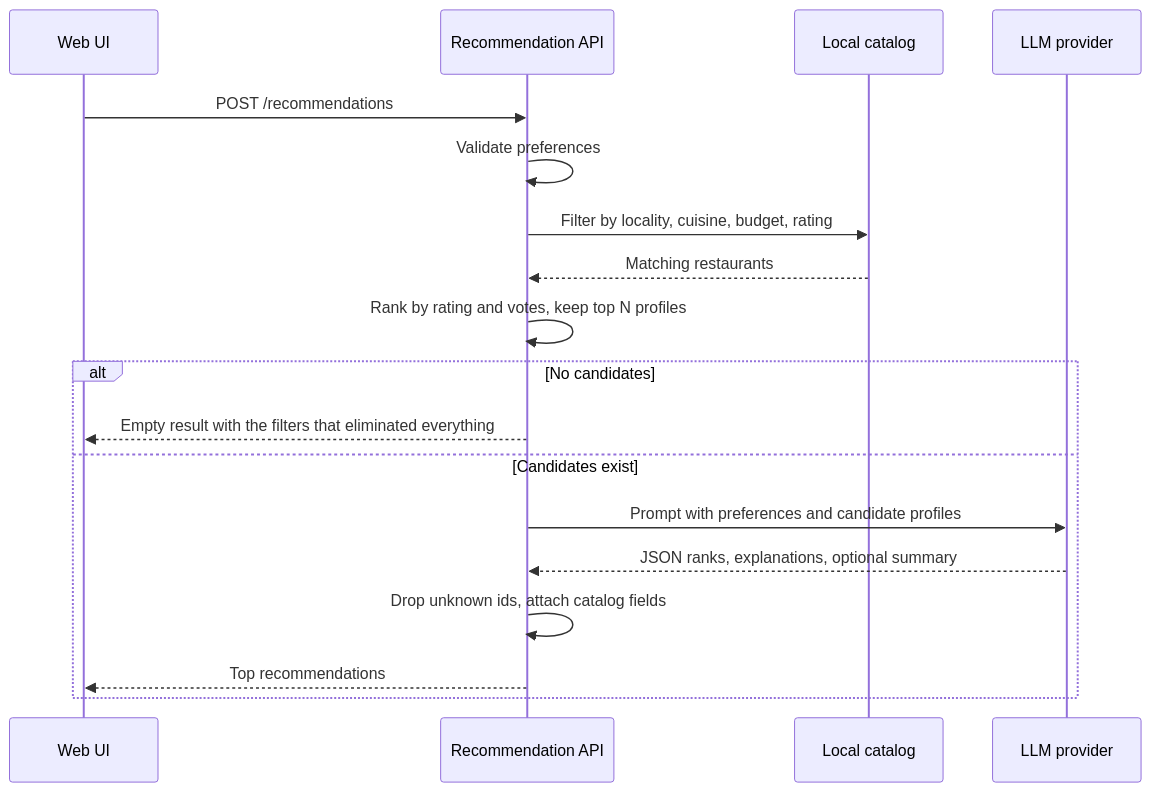
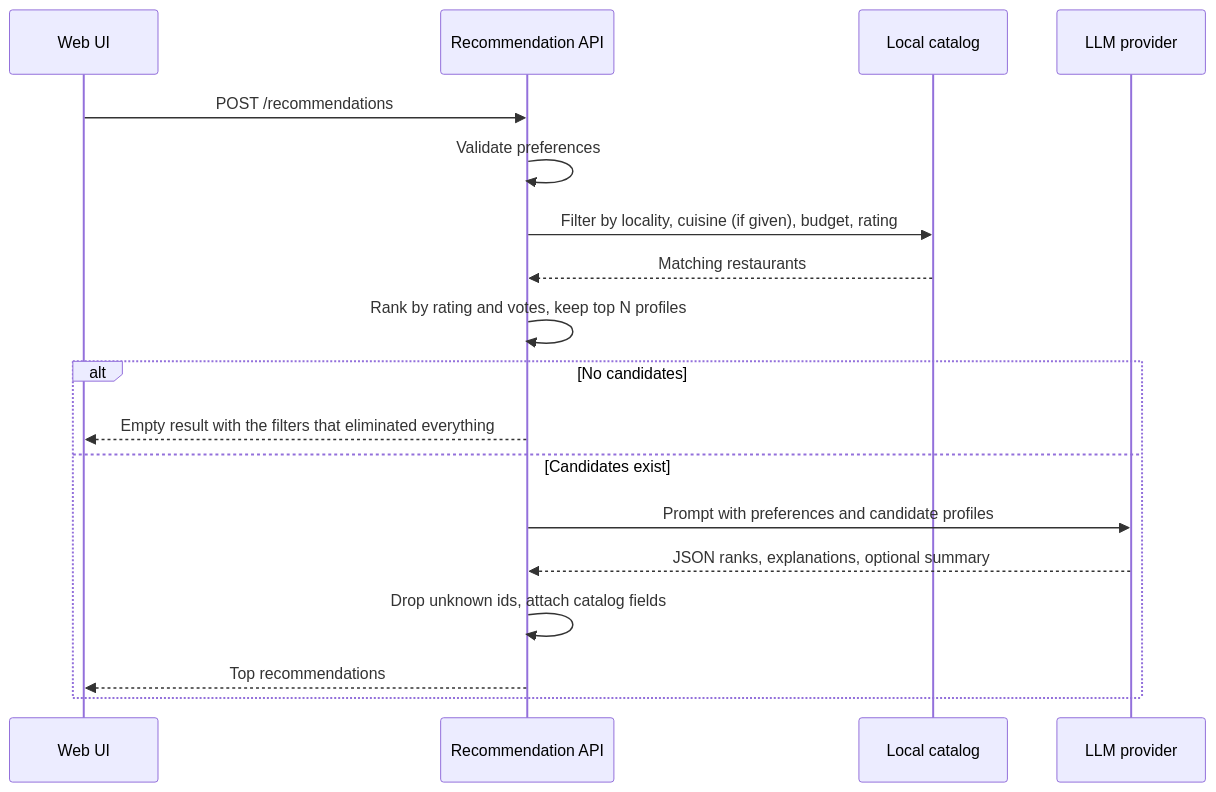
The second of 2 diagrams in architecture.md (deepanshi1/Zomato), drawn with Mermaid before and after one commit. The commit also changed other lines of this file and 1 other file, not shown here.

First line of the commit message:
Update architecture and edge cases for optional cuisine and the pastel UI

````diff
--- a/architecture.md
+++ b/architecture.md
@@ -41,21 +41,21 @@
 ```mermaid
 sequenceDiagram
     participant U as Web UI
     participant A as Recommendation API
     participant C as Local catalog
     participant L as LLM provider
 
     U->>A: POST /recommendations
     A->>A: Validate preferences
-    A->>C: Filter by locality, cuisine, budget, rating
+    A->>C: Filter by locality, cuisine (if given), budget, rating
     C-->>A: Matching restaurants
     A->>A: Rank by rating and votes, keep top N profiles
     alt No candidates
         A-->>U: Empty result with the filters that eliminated everything
     else Candidates exist
         A->>L: Prompt with preferences and candidate profiles
         L-->>A: JSON ranks, explanations, optional summary
         A->>A: Drop unknown ids, attach catalog fields
         A-->>U: Top recommendations
     end
 ```
````
